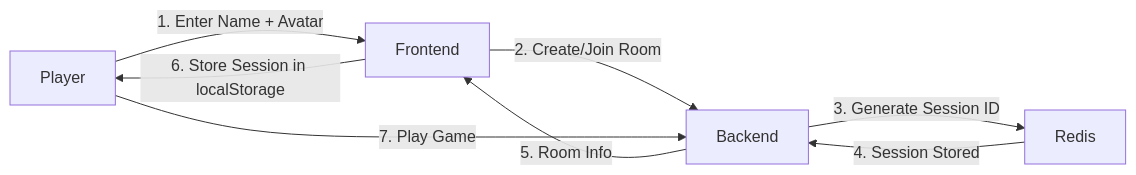
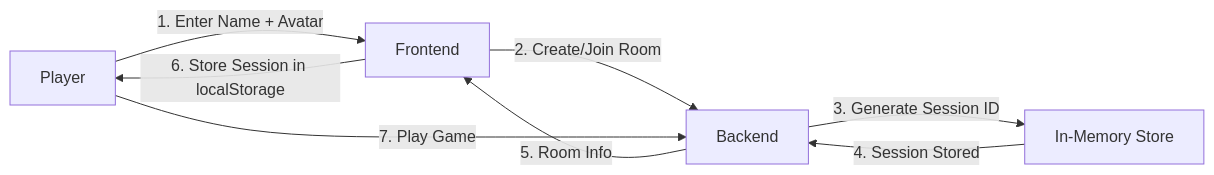
The fourth of 4 diagrams in docs/wiki/Architecture.md (balburg/AlexDrikkelek), drawn with Mermaid before and after one commit. The commit also changed other lines of this file and 2 other files, not shown here.

Commit message:
wiki: update Home, Architecture, and Deployment to remove Redis references

````diff
--- a/docs/wiki/Architecture.md
+++ b/docs/wiki/Architecture.md
@@ -350,10 +350,10 @@
 ```mermaid
 graph LR
     A[Player] -->|1. Enter Name + Avatar| B[Frontend]
     B -->|2. Create/Join Room| C[Backend]
-    C -->|3. Generate Session ID| D[Redis]
+    C -->|3. Generate Session ID| D[In-Memory Store]
     D -->|4. Session Stored| C
     C -->|5. Room Info| B
     B -->|6. Store Session in localStorage| A
     A -->|7. Play Game| C
 ```
````
